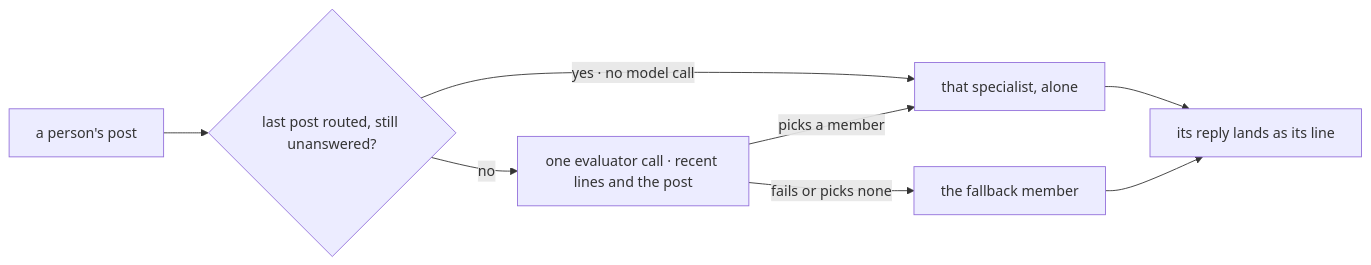
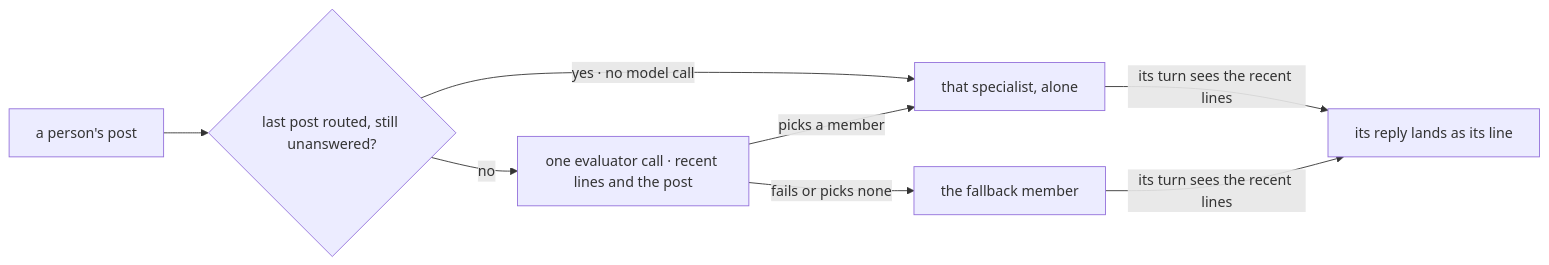
One commit to fixpoint-labs/flow-state-dev changed the second of 2 diagrams in specs/issues/FIX-1610/SPEC.md. Above: the diagram before and after it, drawn with Mermaid. The commit also changed other lines of this file and 9 other files, not shown here.

````diff
--- a/specs/issues/FIX-1610/SPEC.md
+++ b/specs/issues/FIX-1610/SPEC.md
@@ -76,10 +76,10 @@
 ```mermaid
 flowchart LR
   P["a person's post"] --> H{"last post routed, still unanswered?"}
   H -->|"yes · no model call"| S["that specialist, alone"]
   H -->|"no"| E["one evaluator call · recent lines and the post"]
   E -->|"picks a member"| S
   E -->|"fails or picks none"| F["the fallback member"]
-  S --> A["its reply lands as its line"]
-  F --> A
+  S -->|"its turn sees the recent lines"| A["its reply lands as its line"]
+  F -->|"its turn sees the recent lines"| A
 ```
````
